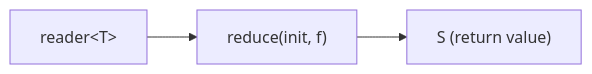
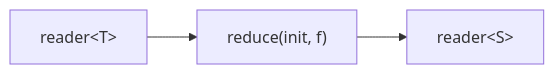
One commit to marcelocantos/csp changed the diagram in docs/reference/parts/reduce.md. Above: the diagram before and after it, drawn with Mermaid. The commit also changed other lines of this file and 8 other files, not shown here.

First line of the commit message:
Redesign reduce as composable filter; add reader::single()

````diff
--- a/docs/reference/parts/reduce.md
+++ b/docs/reference/parts/reduce.md
@@ -16,4 +16,4 @@
 ```mermaid
 graph LR
-    A[reader&lt;T&gt;] --> B["reduce(init, f)"] --> C["S (return value)"]
+    A[reader&lt;T&gt;] --> B["reduce(init, f)"] --> C[reader&lt;S&gt;]
 ```
````
